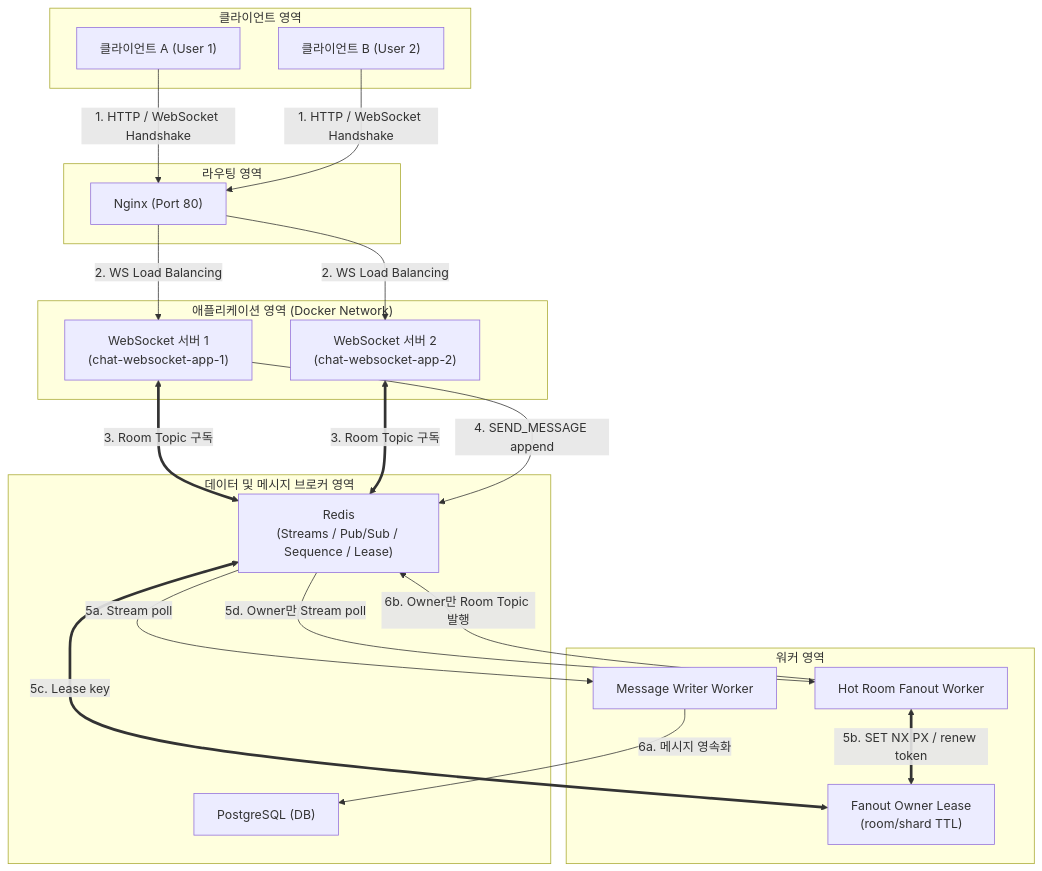
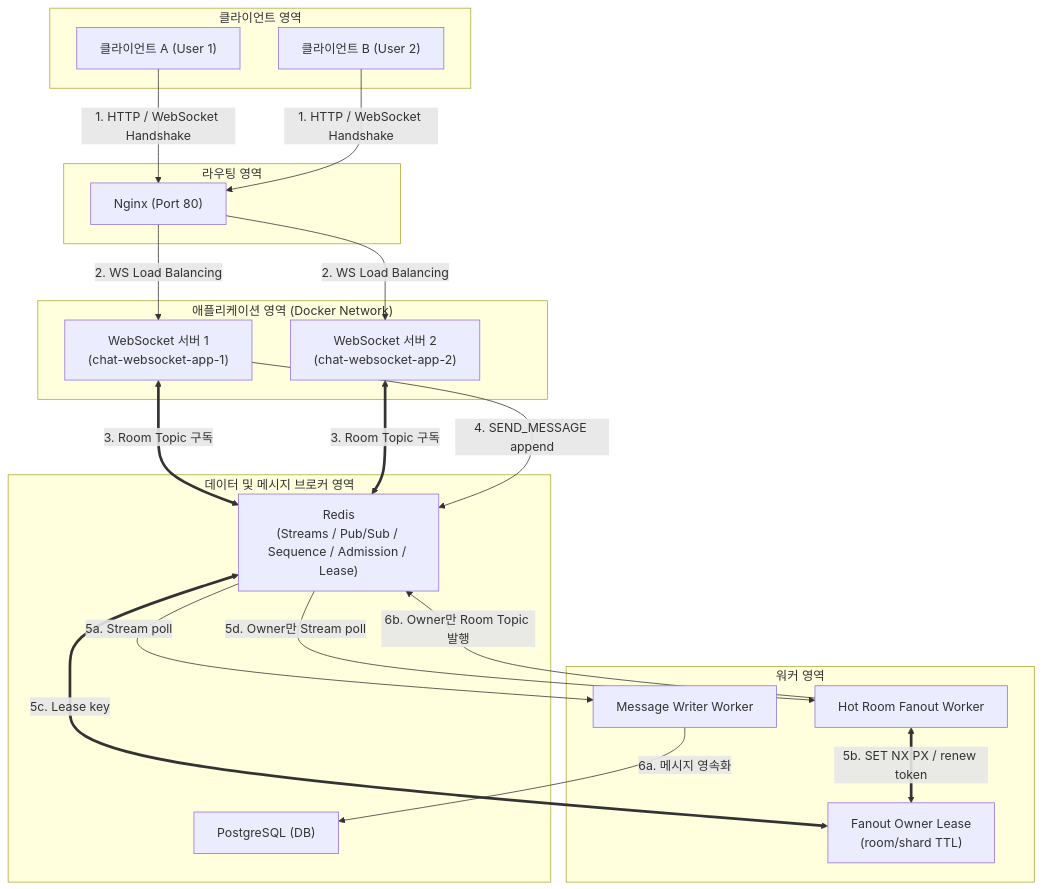
The first of 2 diagrams in docs/architecture_overview.md (ydj515/chatting-service), drawn with Mermaid before and after one commit. The commit also changed other lines of this file and 11 other files, not shown here.

````diff
--- a/docs/architecture_overview.md
+++ b/docs/architecture_overview.md
@@ -11,45 +11,45 @@
 ```mermaid
 graph TD
     subgraph Clients ["클라이언트 영역"]
         ClientA["클라이언트 A (User 1)"]
         ClientB["클라이언트 B (User 2)"]
     end
 
     subgraph Gateway ["라우팅 영역"]
         Nginx["Nginx (Port 80)"]
     end
 
     subgraph AppServers ["애플리케이션 영역 (Docker Network)"]
         WS1["WebSocket 서버 1<br>(chat-websocket-app-1)"]
         WS2["WebSocket 서버 2<br>(chat-websocket-app-2)"]
     end
 
     subgraph Infra ["데이터 및 메시지 브로커 영역"]
-        Redis["Redis<br>(Streams / Pub/Sub / Sequence / Lease)"]
+        Redis["Redis<br>(Streams / Pub/Sub / Sequence / Admission / Lease)"]
         Postgres["PostgreSQL (DB)"]
     end
 
     subgraph Workers ["워커 영역"]
         Writer["Message Writer Worker"]
         Fanout["Hot Room Fanout Worker"]
         Owner["Fanout Owner Lease<br>(room/shard TTL)"]
     end
 
     %% 연결 관계
     ClientA -->|1. HTTP / WebSocket Handshake| Nginx
     ClientB -->|1. HTTP / WebSocket Handshake| Nginx
 
     Nginx -->|2. WS Load Balancing| WS1
     Nginx -->|2. WS Load Balancing| WS2
 
     WS1 <==>|3. Room Topic 구독| Redis
     WS2 <==>|3. Room Topic 구독| Redis
 
     WS1 -->|4. SEND_MESSAGE append| Redis
     Redis -->|5a. Stream poll| Writer
     Writer -->|6a. 메시지 영속화| Postgres
     Fanout <==>|5b. SET NX PX / renew token| Owner
     Owner <==>|5c. Lease key| Redis
     Redis -->|5d. Owner만 Stream poll| Fanout
     Fanout -->|6b. Owner만 Room Topic 발행| Redis
 ```
````
